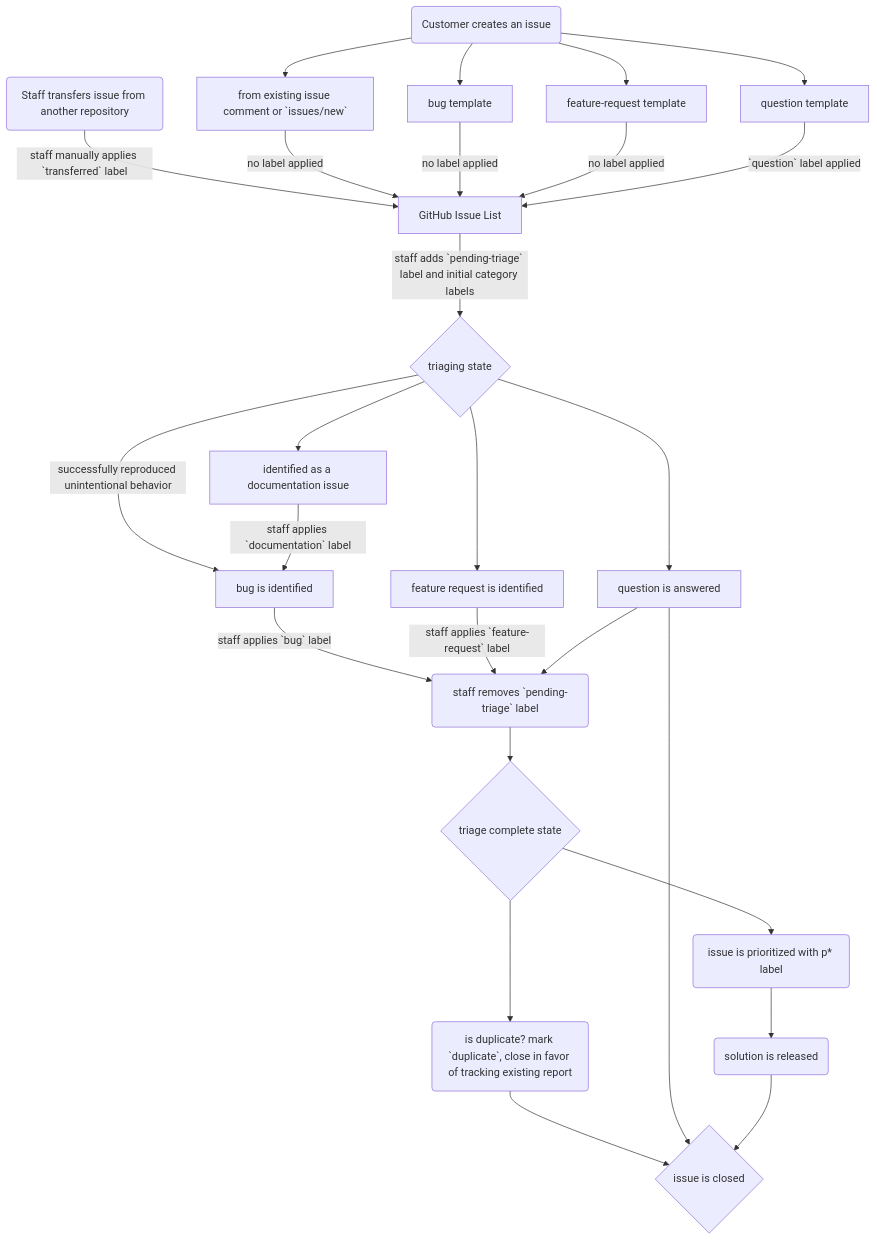
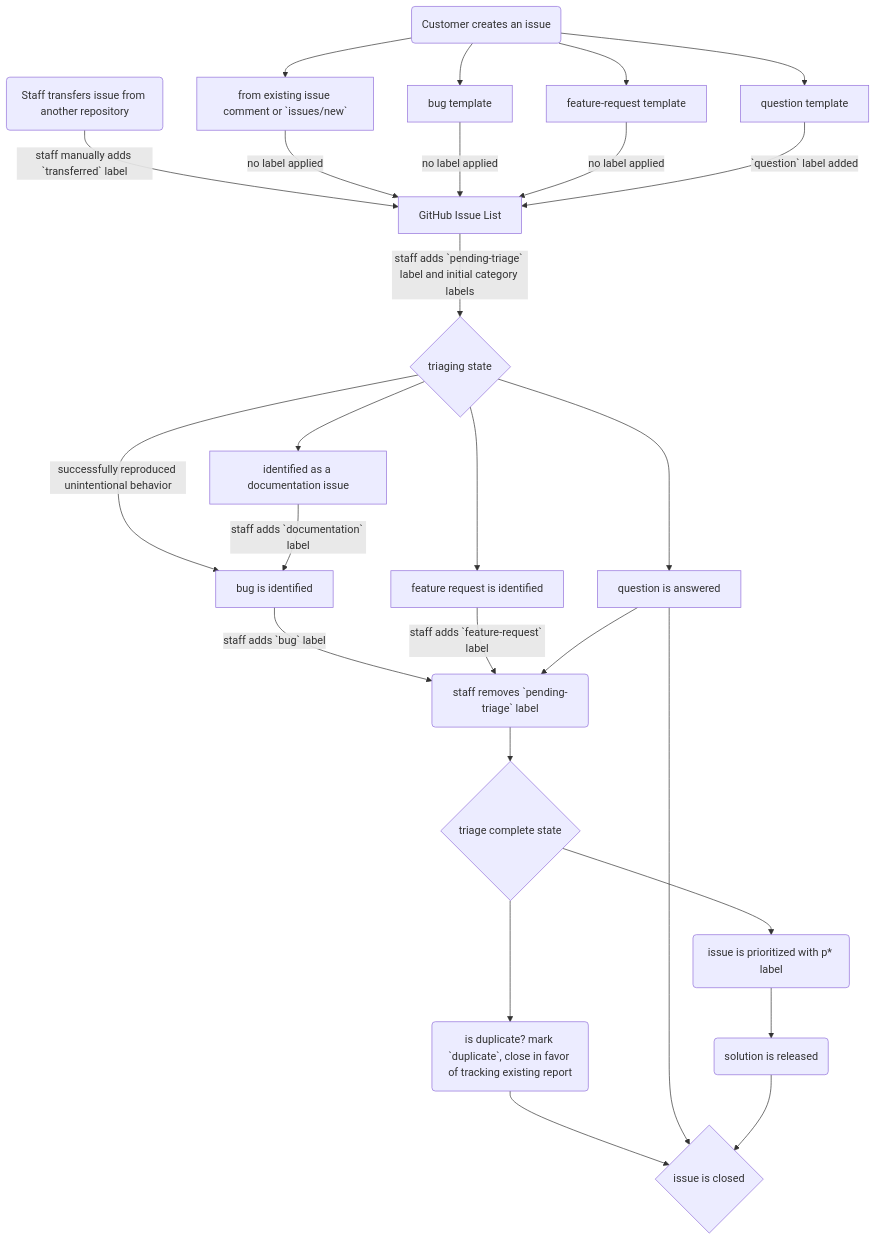
One commit to josefaidt/oss-notes changed the diagram in triage-flowchart.md. Above: the diagram before and after it, drawn with Mermaid.

Commit message:
consolidate use of adds/applies -> adds

````diff
--- a/triage-flowchart.md
+++ b/triage-flowchart.md
@@ -3,37 +3,37 @@
 ```mermaid
 graph TD
-    A(Staff transfers issue from another repository) -->|staff manually applies `transferred` label| H[GitHub Issue List]
+    A(Staff transfers issue from another repository) -->|staff manually adds `transferred` label| H[GitHub Issue List]
     B(Customer creates an issue)
     B --> D[from existing issue comment or `issues/new`]
     B --> E[bug template]
     B --> F[feature-request template]
     B --> G[question template]
     H[GitHub Issue List]
     D -->|no label applied| H
     E -->|no label applied| H
     F -->|no label applied| H
-    G -->|`question` label applied| H
+    G -->|`question` label added| H
     I{triaging state}
     H -->|staff adds `pending-triage` label and initial category labels| I
     I -->|successfully reproduced unintentional behavior| J[bug is identified]
     I --> K[feature request is identified]
     I --> L[question is answered]
     I --> M[identified as a documentation issue]
-    M -->|staff applies `documentation` label| J
+    M -->|staff adds `documentation` label| J
     N(staff removes `pending-triage` label)
-    J -->|staff applies `bug` label| N
-    K -->|staff applies `feature-request` label| N
+    J -->|staff adds `bug` label| N
+    K -->|staff adds `feature-request` label| N
     L --> N
     O{triage complete state}
     N --> O
     P(issue is prioritized with p* label)
     Q(is duplicate? mark `duplicate`, close in favor of tracking existing report)
     O --> P
     O --> Q
     R(solution is released)
     P --> R
     Z{issue is closed}
     Q --> Z
     L --> Z
     R --> Z
 ```
````
